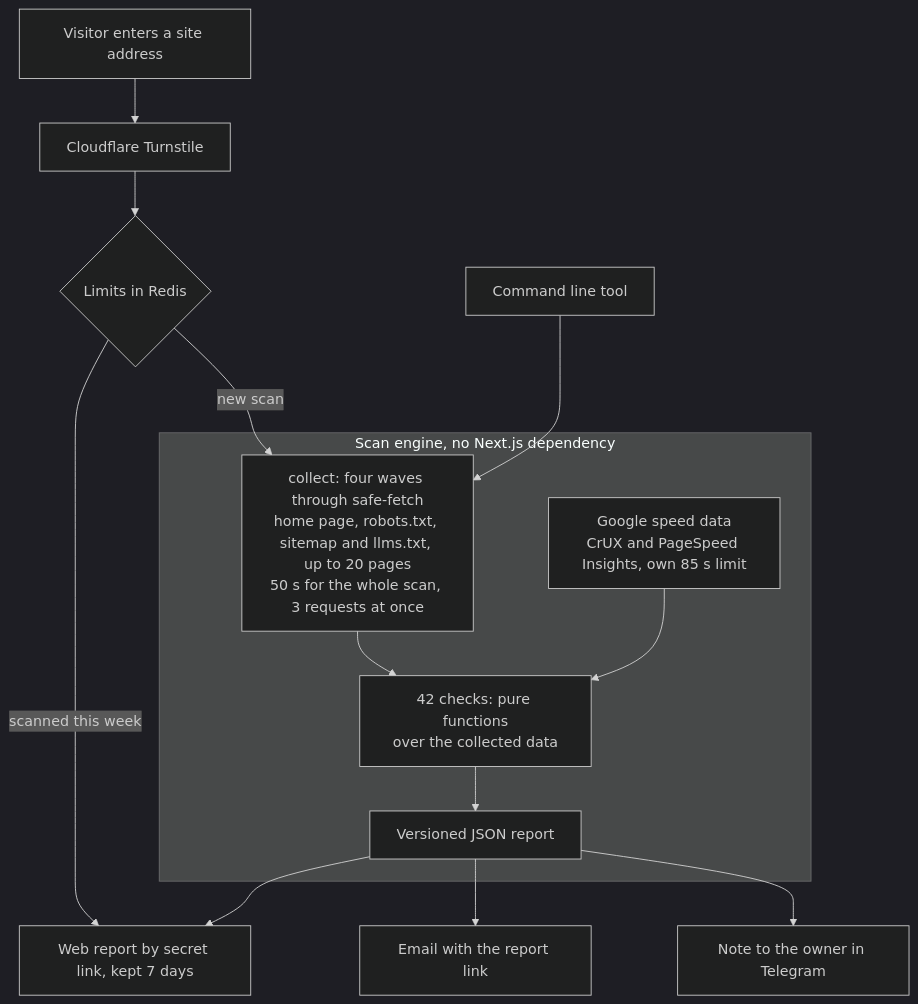
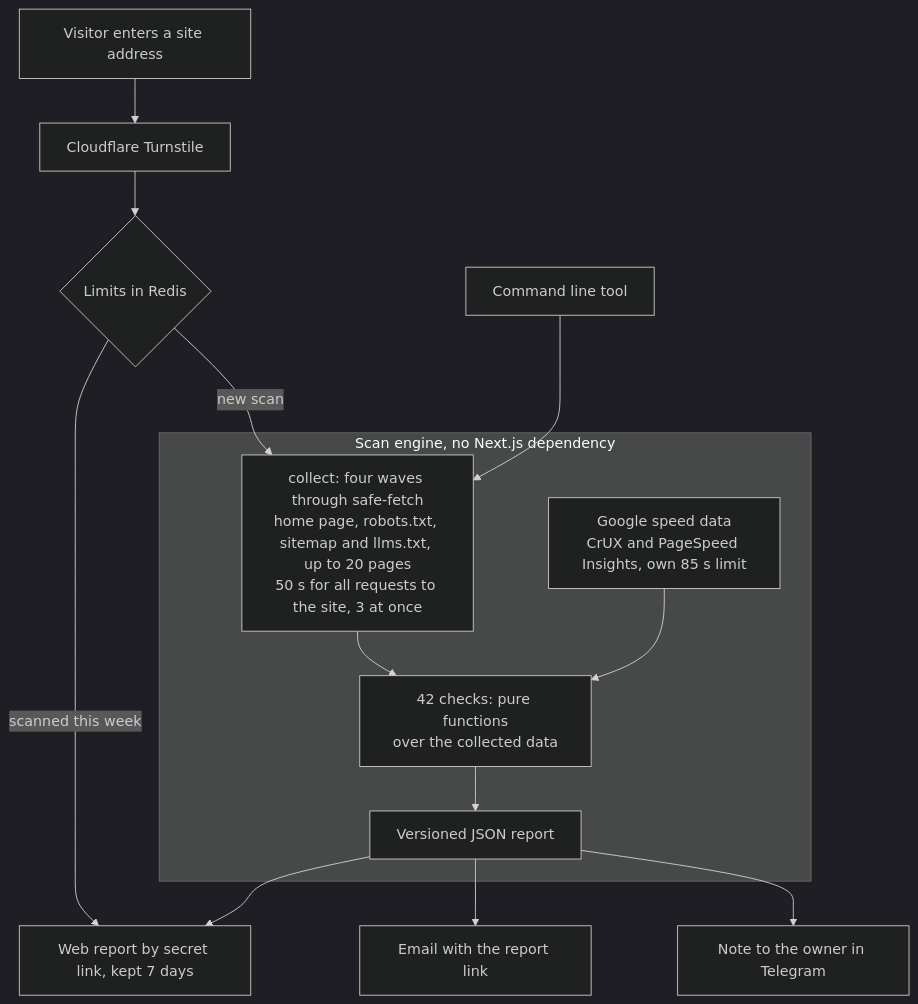
The diagram in README.md (ant4x/stratoscope-showcase), drawn with Mermaid (dark theme) before and after one commit. The commit also changed other lines of this file, not shown here.

````diff
--- a/README.md
+++ b/README.md
@@ -55,19 +55,19 @@
 ```mermaid
 flowchart TD
   V[Visitor enters a site address] --> T[Cloudflare Turnstile]
   T --> L{Limits in Redis}
   L -->|scanned this week| W
   L -->|new scan| C
   subgraph Engine [Scan engine, no Next.js dependency]
-    C[collect: four waves through safe-fetch<br/>home page, robots.txt, sitemap and llms.txt, up to 20 pages<br/>50 s for the whole scan, 3 requests at once]
+    C[collect: four waves through safe-fetch<br/>home page, robots.txt, sitemap and llms.txt, up to 20 pages<br/>50 s for all requests to the site, 3 at once]
     G[Google speed data<br/>CrUX and PageSpeed Insights, own 85 s limit]
     K[42 checks: pure functions<br/>over the collected data]
     C --> K
     G --> K
     K --> P[Versioned JSON report]
   end
   P --> W[Web report by secret link, kept 7 days]
   P --> E[Email with the report link]
   P --> N[Note to the owner in Telegram]
   CLI[Command line tool] --> C
 ```
````
